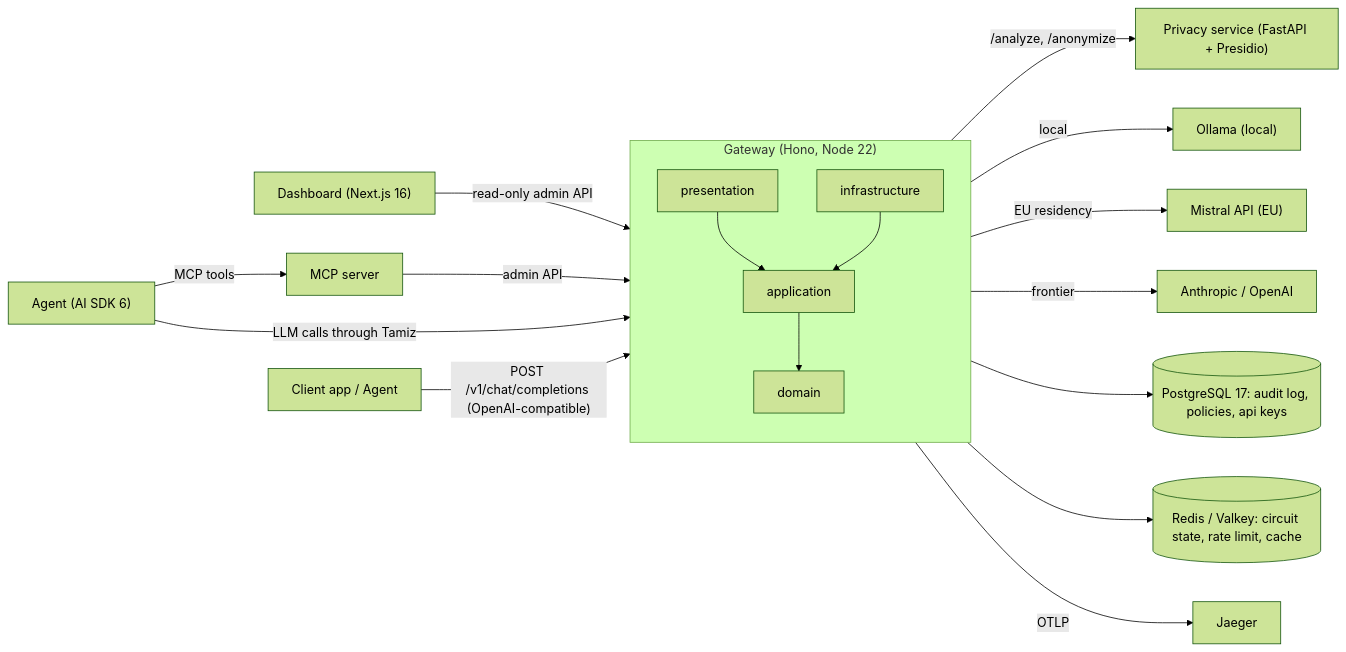
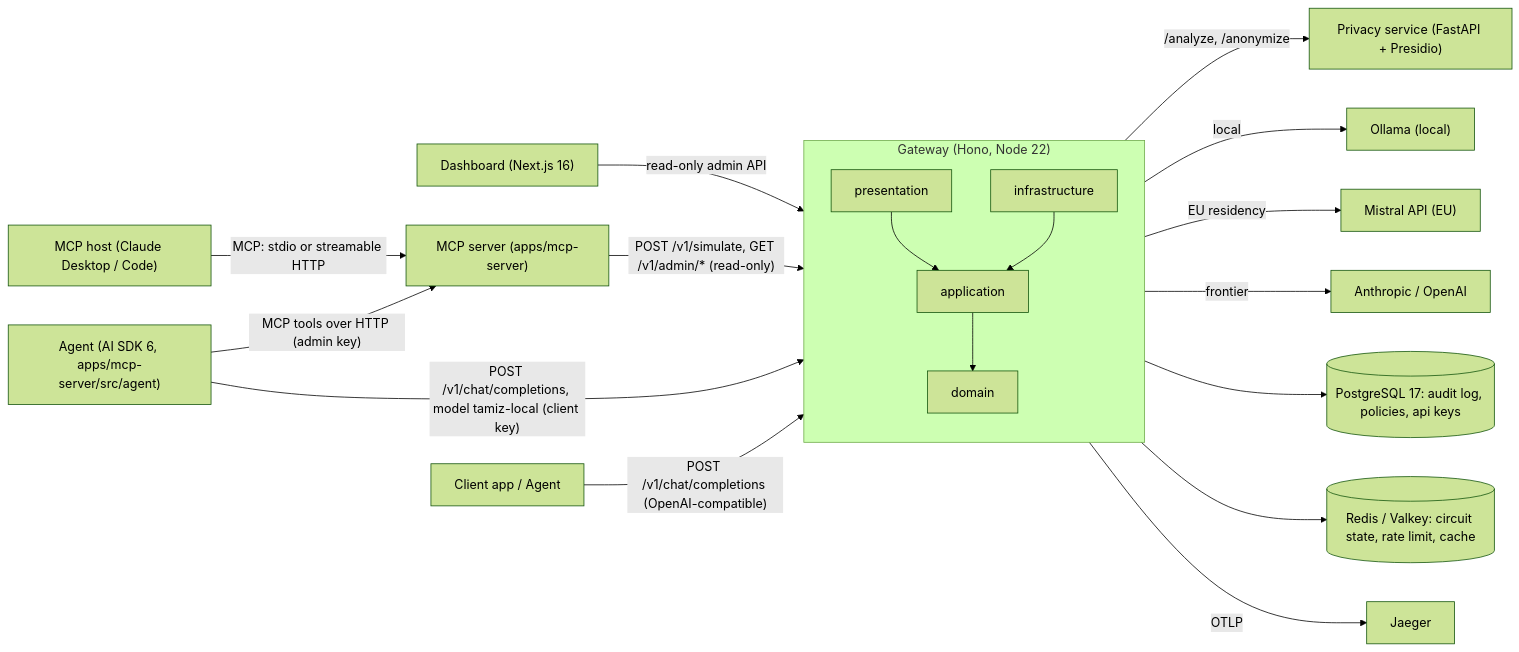
One commit to AxelAxx/tamiz changed the first of 5 diagrams in docs/architecture.md. Above: the diagram before and after it, drawn with Mermaid (forest theme). The commit also changed 17 other files, not shown here.

First line of the commit message:
feat(mcp): dogfooding agent whose model calls go through Tamiz (T-009-04) (#52)

````diff
--- a/docs/architecture.md
+++ b/docs/architecture.md
@@ -9,23 +9,24 @@
 ```mermaid
 flowchart LR
     client["Client app / Agent"] -->|"POST /v1/chat/completions (OpenAI-compatible)"| gw
 
     subgraph gw["Gateway (Hono, Node 22)"]
         direction TB
         pres["presentation"] --> app["application"] --> dom["domain"]
         infra["infrastructure"] --> app
     end
 
     infra -->|"/analyze, /anonymize"| privacy["Privacy service (FastAPI + Presidio)"]
     infra -->|local| ollama["Ollama (local)"]
     infra -->|EU residency| mistral["Mistral API (EU)"]
     infra -->|frontier| frontier["Anthropic / OpenAI"]
     infra --> pg[("PostgreSQL 17: audit log, policies, api keys")]
     infra --> redis[("Redis / Valkey: circuit state, rate limit, cache")]
     infra -->|OTLP| jaeger["Jaeger"]
 
     dash["Dashboard (Next.js 16)"] -->|"read-only admin API"| pres
-    mcp["MCP server"] -->|"admin API"| pres
-    agent["Agent (AI SDK 6)"] -->|"MCP tools"| mcp
-    agent -->|"LLM calls through Tamiz"| pres
+    host["MCP host (Claude Desktop / Code)"] -->|"MCP: stdio or streamable HTTP"| mcp
+    mcp["MCP server (apps/mcp-server)"] -->|"POST /v1/simulate, GET /v1/admin/* (read-only)"| pres
+    agent["Agent (AI SDK 6, apps/mcp-server/src/agent)"] -->|"MCP tools over HTTP (admin key)"| mcp
+    agent -->|"POST /v1/chat/completions, model tamiz-local (client key)"| pres
 ```
````
